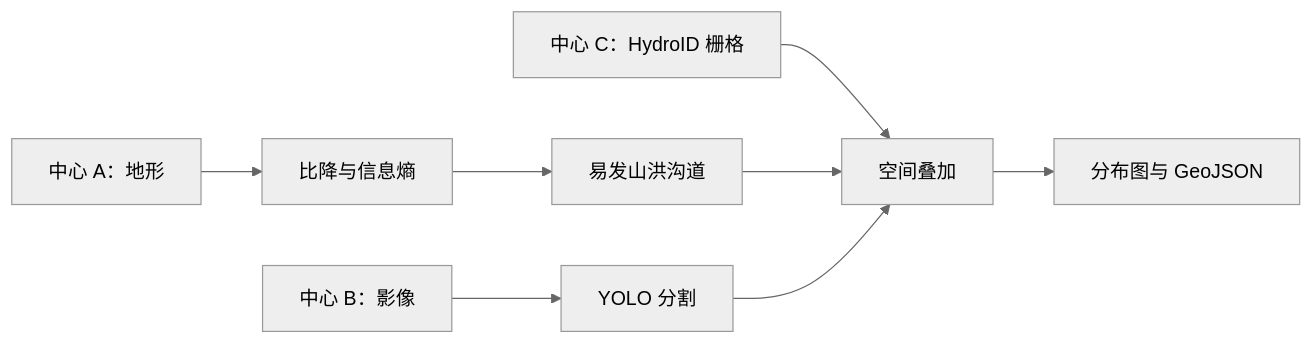
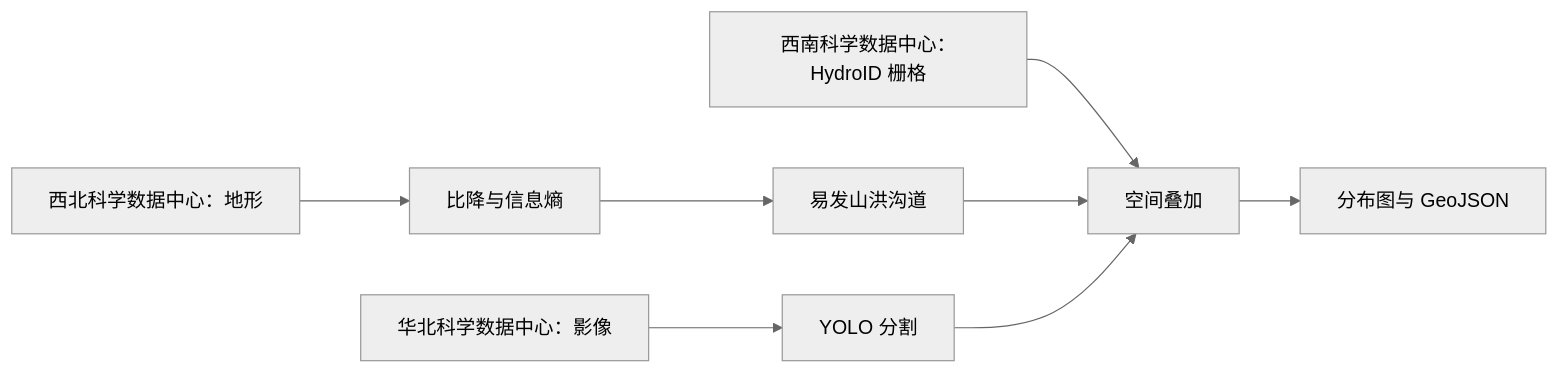
Before and after one commit to rdcn-link/conet: the first of 2 diagrams in docs/cases_zh.md, drawn with Mermaid (neutral theme). The commit also changed other lines of this file and 39 other files, not shown here.

````diff
--- a/docs/cases_zh.md
+++ b/docs/cases_zh.md
@@ -15,10 +15,10 @@
 ```mermaid
 flowchart LR
-    A[中心 A：地形] --> S[比降与信息熵]
+    A[西北科学数据中心：地形] --> S[比降与信息熵]
     S --> H[易发山洪沟道]
-    B[中心 B：影像] --> Y[YOLO 分割]
-    C[中心 C：HydroID 栅格] --> O[空间叠加]
+    B[华北科学数据中心：影像] --> Y[YOLO 分割]
+    C[西南科学数据中心：HydroID 栅格] --> O[空间叠加]
     H --> O
     Y --> O
     O --> M[分布图与 GeoJSON]
 ```
````
